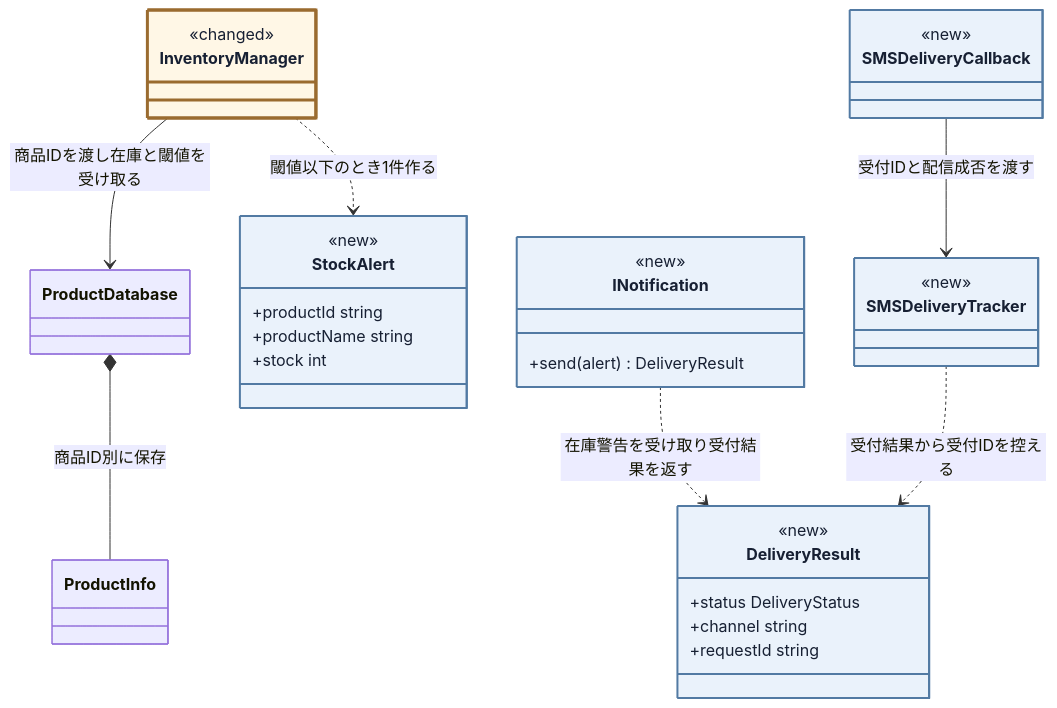
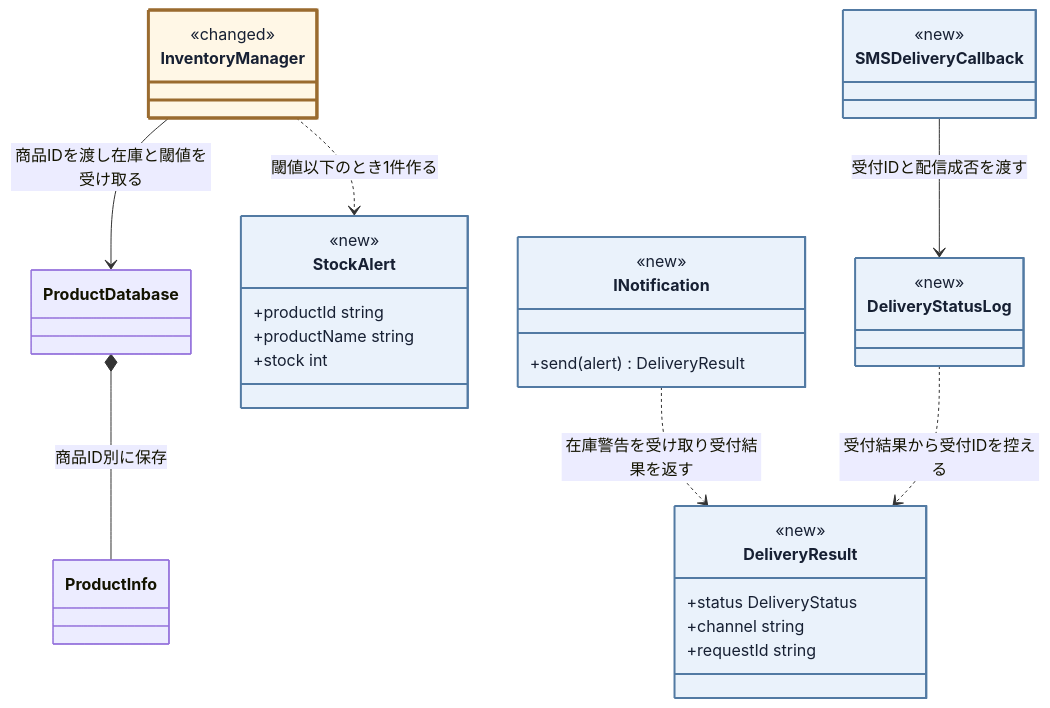
Diagram 15 of 20 in kindle/design-patterns/books/volume01-core-patterns/output/05-chapter03.md (kumachan1101-pixel/DesignPattern), drawn with Mermaid before and after one commit. The commit also changed other lines of this file and 6 other files, not shown here.

````diff
--- a/kindle/design-patterns/books/volume01-core-patterns/output/05-chapter03.md
+++ b/kindle/design-patterns/books/volume01-core-patterns/output/05-chapter03.md
@@ -2031,41 +2031,41 @@
 ```mermaid
 classDiagram
     direction TB
     class InventoryManager:::touched {
         <<changed>>
     }
     class ProductDatabase
     class ProductInfo
     class StockAlert:::added {
         <<new>>
         +productId string
         +productName string
         +stock int
     }
     class INotification:::added {
         <<new>>
         <<interface>>
         +send(alert) DeliveryResult
     }
     class DeliveryResult:::added {
         <<new>>
         +status DeliveryStatus
         +channel string
         +requestId string
     }
-    class SMSDeliveryTracker:::added {
+    class DeliveryStatusLog:::added {
         <<new>>
     }
     class SMSDeliveryCallback:::added {
         <<new>>
     }
     InventoryManager --> ProductDatabase : 商品IDを渡し在庫と閾値を受け取る
     ProductDatabase *-- ProductInfo : 商品ID別に保存
     InventoryManager ..> StockAlert : 閾値以下のとき1件作る
     INotification ..> DeliveryResult : 在庫警告を受け取り受付結果を返す
-    SMSDeliveryTracker ..> DeliveryResult : 受付結果から受付IDを控える
-    SMSDeliveryCallback --> SMSDeliveryTracker : 受付IDと配信成否を渡す
+    DeliveryStatusLog ..> DeliveryResult : 受付結果から受付IDを控える
+    SMSDeliveryCallback --> DeliveryStatusLog : 受付IDと配信成否を渡す
 
     classDef added fill:#eaf2fb,stroke:#527aa3,stroke-width:2px,color:#172033;
     classDef touched fill:#fff7e6,stroke:#9a6b2f,stroke-width:3px,color:#172033;
 ```
````
